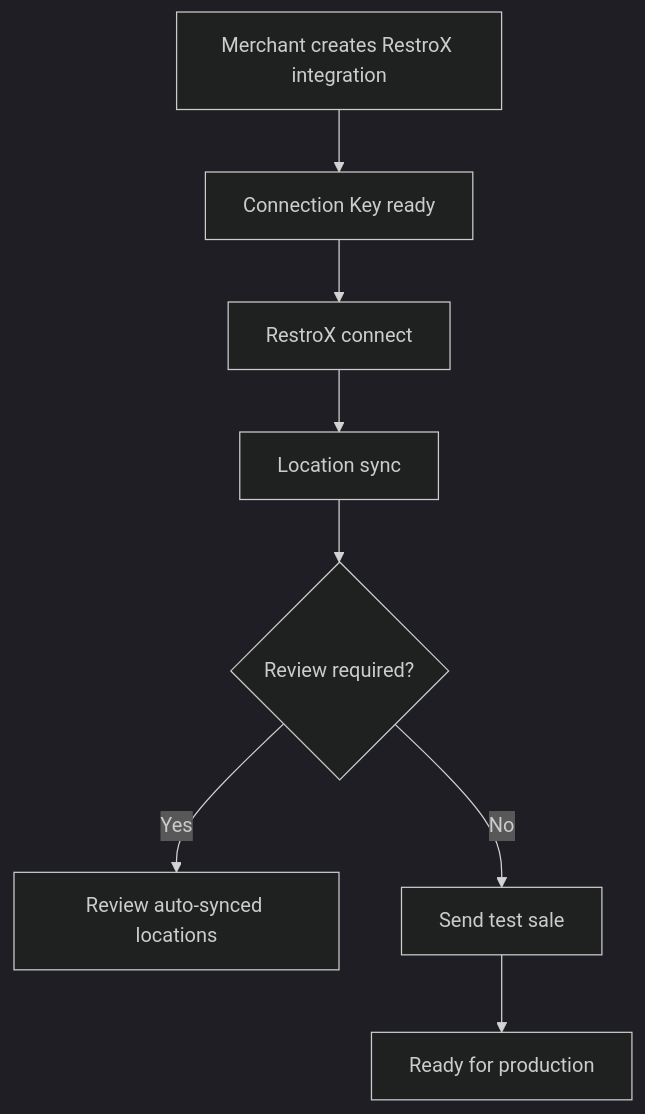
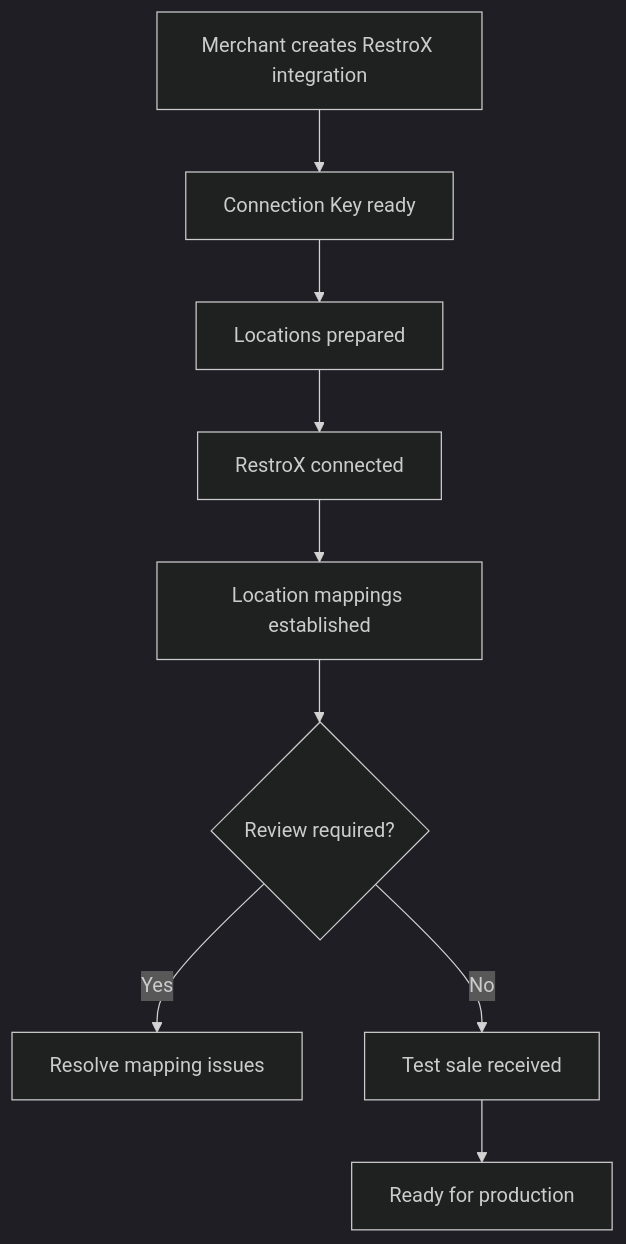
One commit to krischal07/docs changed the diagram in integrations/restrox/native/merchant-onboarding.mdx. Above: the diagram before and after it, drawn with Mermaid (dark theme). The commit also changed other lines of this file and 35 other files, not shown here.

````diff
--- a/integrations/restrox/native/merchant-onboarding.mdx
+++ b/integrations/restrox/native/merchant-onboarding.mdx
@@ -19,10 +19,11 @@
 ```mermaid
 flowchart TD
   A["Merchant creates RestroX integration"] --> B["Connection Key ready"]
-  B --> C["RestroX connect"]
-  C --> D["Location sync"]
-  D --> E{"Review required?"}
-  E -- Yes --> F["Review auto-synced locations"]
-  E -- No --> G["Send test sale"]
-  G --> H["Ready for production"]
+  B --> C["Locations prepared"]
+  C --> D["RestroX connected"]
+  D --> E["Location mappings established"]
+  E --> F{"Review required?"}
+  F -- Yes --> G["Resolve mapping issues"]
+  F -- No --> H["Test sale received"]
+  H --> I["Ready for production"]
 ```
````
